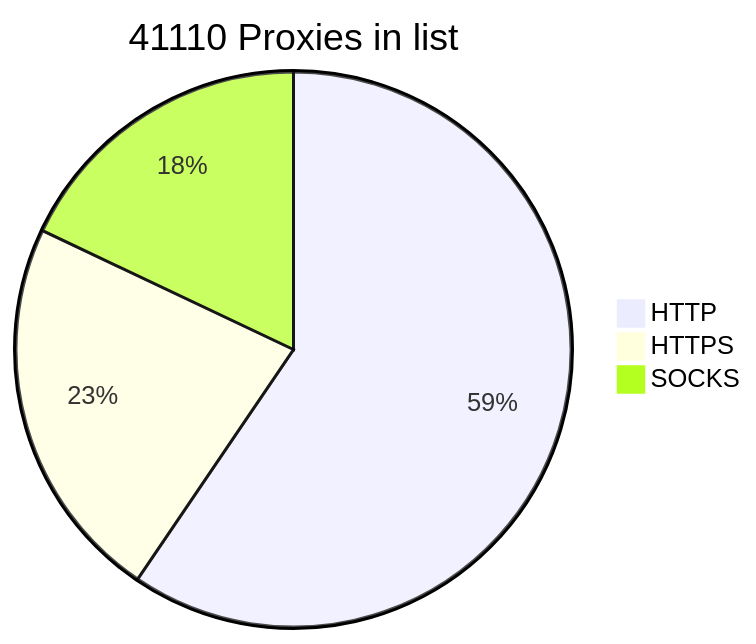
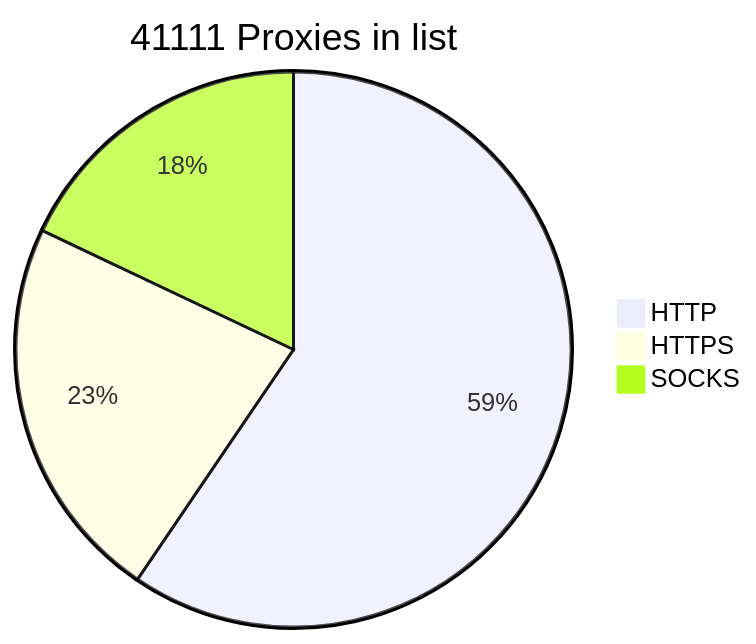
Before and after one commit to BlackSnowDot/proxylist-update-every-minute: the diagram in README.md, drawn with Mermaid.

````diff
--- a/README.md
+++ b/README.md
@@ -2,6 +2,6 @@
 ```mermaid
-pie title 41110 Proxies in list
+pie title 41111 Proxies in list
     "HTTP" : 28770
     "HTTPS": 10906
-    "SOCKS" : 8685
+    "SOCKS" : 8686
 ```
````
